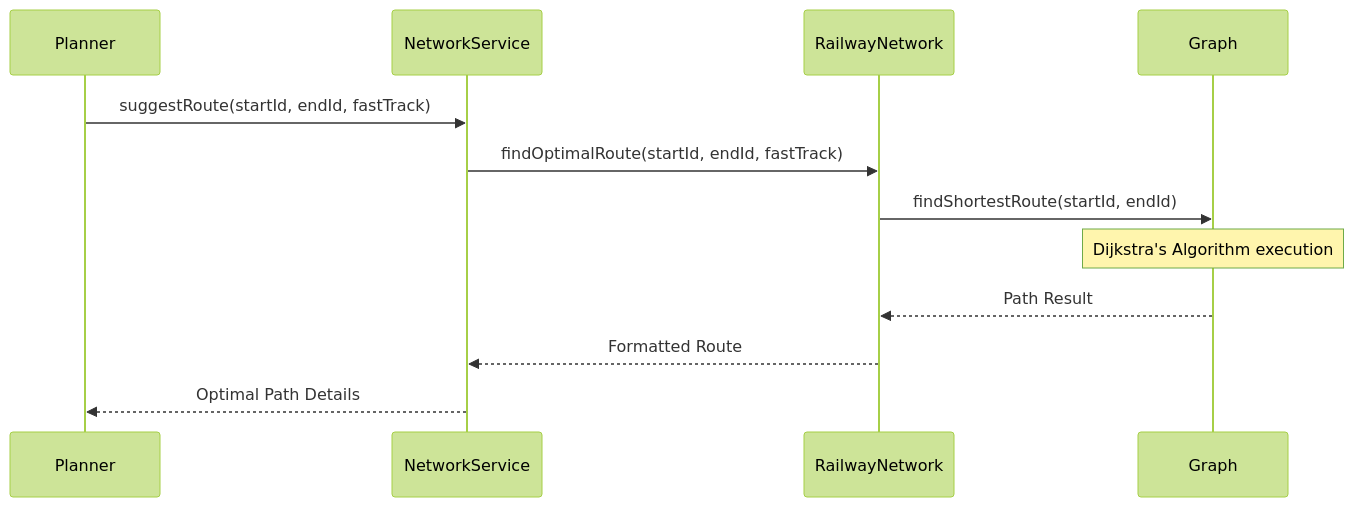
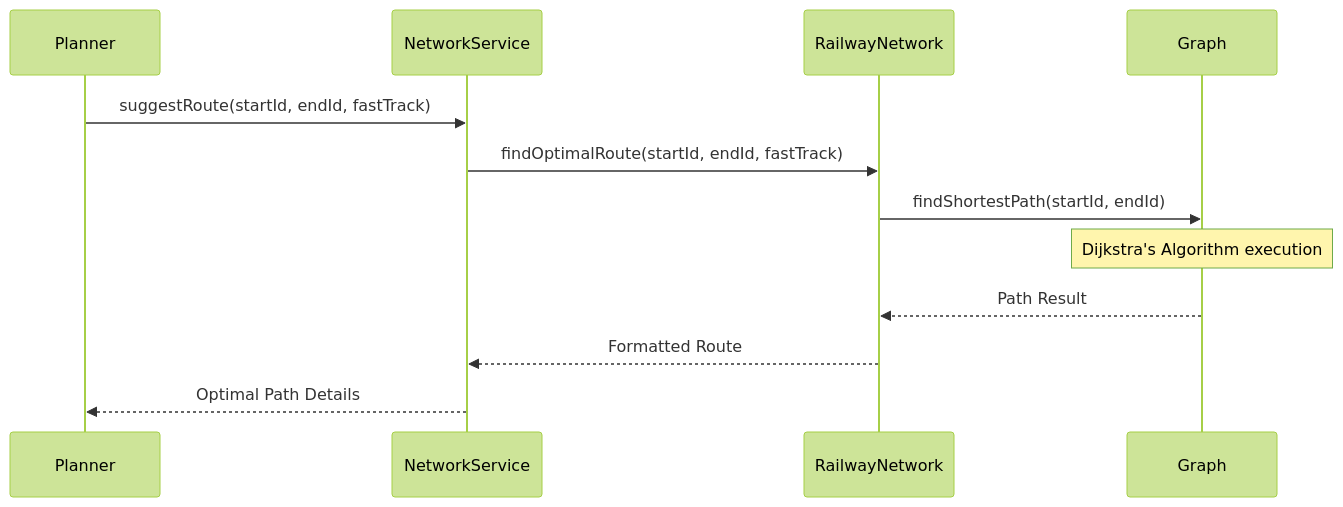
One commit to fahad-accordion-23/ds-project-iron-nexus changed the fourth of 5 diagrams in Documentation/sequence_diagrams_module3.md. Above: the diagram before and after it, drawn with Mermaid (forest theme). The commit also changed other lines of this file and 2 other files, not shown here.

Commit message:
Refactor Graph structure to be generic and update dependencies

````diff
--- a/Documentation/sequence_diagrams_module3.md
+++ b/Documentation/sequence_diagrams_module3.md
@@ -77,15 +77,15 @@
 ```mermaid
 sequenceDiagram
     participant Planner
     participant NS as NetworkService
     participant RN as RailwayNetwork
     participant G as Graph
 
     Planner->>NS: suggestRoute(startId, endId, fastTrack)
     NS->>RN: findOptimalRoute(startId, endId, fastTrack)
-    RN->>G: findShortestRoute(startId, endId)
+    RN->>G: findShortestPath(startId, endId)
     Note over G: Dijkstra's Algorithm execution
     G-->>RN: Path Result
     RN-->>NS: Formatted Route
     NS-->>Planner: Optimal Path Details
 ```
````
